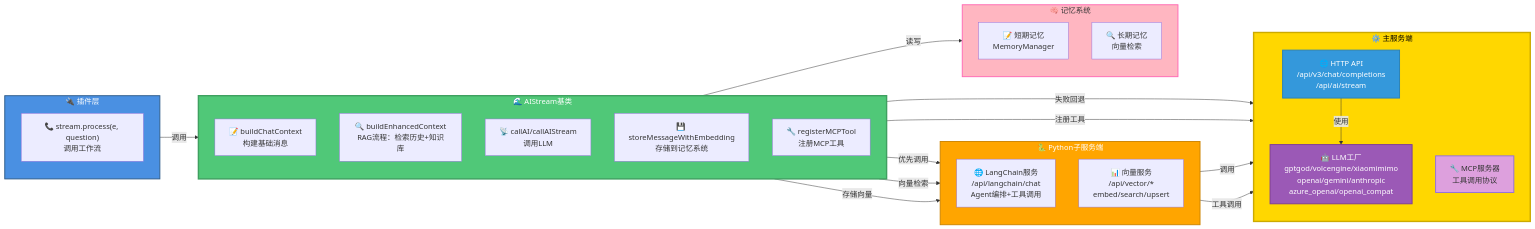
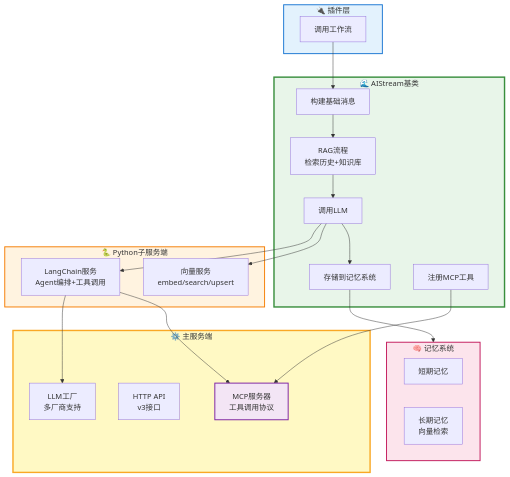
Before and after one commit to sunflowermm/XRK-AGT: the first of 5 diagrams in docs/aistream.md, drawn with Mermaid. The commit also changed other lines of this file and 19 other files, not shown here.

````diff
--- a/docs/aistream.md
+++ b/docs/aistream.md
@@ -27,55 +27,48 @@
 ```mermaid
-flowchart LR
+flowchart TB
     subgraph Plugin["🔌 插件层"]
-        direction TB
-        Call["📞 stream.process(e, question)<br/>调用工作流"]
+        Call["调用工作流"]
     end
     
     subgraph AIStream["🌊 AIStream基类"]
-        direction TB
-        BuildCtx["📝 buildChatContext<br/>构建基础消息"]
-        Enhance["🔍 buildEnhancedContext<br/>RAG流程：检索历史+知识库"]
-        CallAI["📡 callAI/callAIStream<br/>调用LLM"]
-        Store["💾 storeMessageWithEmbedding<br/>存储到记忆系统"]
-        Register["🔧 registerMCPTool<br/>注册MCP工具"]
+        BuildCtx["构建基础消息"]
+        Enhance["RAG流程<br/>检索历史+知识库"]
+        CallAI["调用LLM"]
+        Store["存储到记忆系统"]
+        Register["注册MCP工具"]
     end
     
     subgraph Subserver["🐍 Python子服务端"]
-        direction TB
-        LangChain["🌐 LangChain服务<br/>/api/langchain/chat<br/>Agent编排+工具调用"]
-        VectorAPI["📊 向量服务<br/>/api/vector/*<br/>embed/search/upsert"]
+        LangChain["LangChain服务<br/>Agent编排+工具调用"]
+        VectorAPI["向量服务<br/>embed/search/upsert"]
     end
     
     subgraph MainServer["⚙️ 主服务端"]
-        direction TB
-        LLMFactory["🤖 LLM工厂<br/>gptgod/volcengine/xiaomimimo<br/>openai/gemini/anthropic<br/>azure_openai/openai_compat"]
-        HTTPAPI["🌐 HTTP API<br/>/api/v3/chat/completions<br/>/api/ai/stream"]
-        MCP["🔧 MCP服务器<br/>工具调用协议"]
+        LLMFactory["LLM工厂<br/>多厂商支持"]
+        HTTPAPI["HTTP API<br/>v3接口"]
+        MCP["MCP服务器<br/>工具调用协议"]
     end
     
     subgraph Memory["🧠 记忆系统"]
-        direction TB
-        ShortTerm["📝 短期记忆<br/>MemoryManager"]
-        LongTerm["🔍 长期记忆<br/>向量检索"]
+        ShortTerm["短期记忆"]
+        LongTerm["长期记忆<br/>向量检索"]
     end
     
-    Plugin -->|"调用"| AIStream
-    AIStream -->|"优先调用"| LangChain
-    LangChain -->|"调用"| LLMFactory
-    LangChain -->|"工具调用"| MCP
-    AIStream -->|"失败回退"| LLMFactory
-    AIStream -->|"向量检索"| VectorAPI
-    AIStream -->|"存储向量"| VectorAPI
-    AIStream -->|"注册工具"| MCP
-    AIStream -->|"读写"| Memory
-    HTTPAPI -->|"使用"| LLMFactory
+    Call --> BuildCtx
+    BuildCtx --> Enhance
+    Enhance --> CallAI
+    CallAI --> LangChain
+    LangChain --> LLMFactory
+    LangChain --> MCP
+    CallAI --> VectorAPI
+    CallAI --> Store
+    Store --> Memory
+    Register --> MCP
     
-    style Plugin fill:#4A90E2,stroke:#2E5C8A,stroke-width:2px,color:#fff
-    style AIStream fill:#50C878,stroke:#3FA060,stroke-width:3px,color:#fff
-    style Subserver fill:#FFA500,stroke:#CC8400,stroke-width:2px,color:#fff
-    style MainServer fill:#FFD700,stroke:#CCAA00,stroke-width:3px,color:#000
-    style Memory fill:#FFB6C1,stroke:#FF69B4,stroke-width:2px
-    style MCP fill:#DDA0DD,stroke:#9370DB,stroke-width:2px
-    style LLMFactory fill:#9B59B6,stroke:#7D3C98,stroke-width:2px,color:#fff
-    style HTTPAPI fill:#3498DB,stroke:#2980B9,stroke-width:2px,color:#fff
+    style Plugin fill:#E3F2FD,stroke:#1976D2,stroke-width:2px
+    style AIStream fill:#E8F5E9,stroke:#388E3C,stroke-width:3px
+    style Subserver fill:#FFF3E0,stroke:#F57C00,stroke-width:2px
+    style MainServer fill:#FFF9C4,stroke:#F9A825,stroke-width:3px
+    style Memory fill:#FCE4EC,stroke:#C2185B,stroke-width:2px
+    style MCP fill:#F3E5F5,stroke:#7B1FA2,stroke-width:2px
 ```
````
